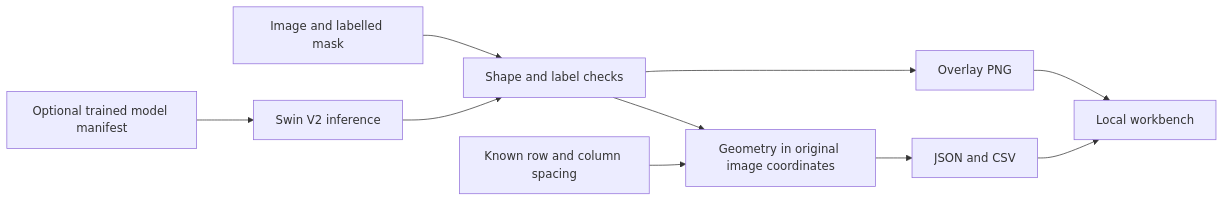
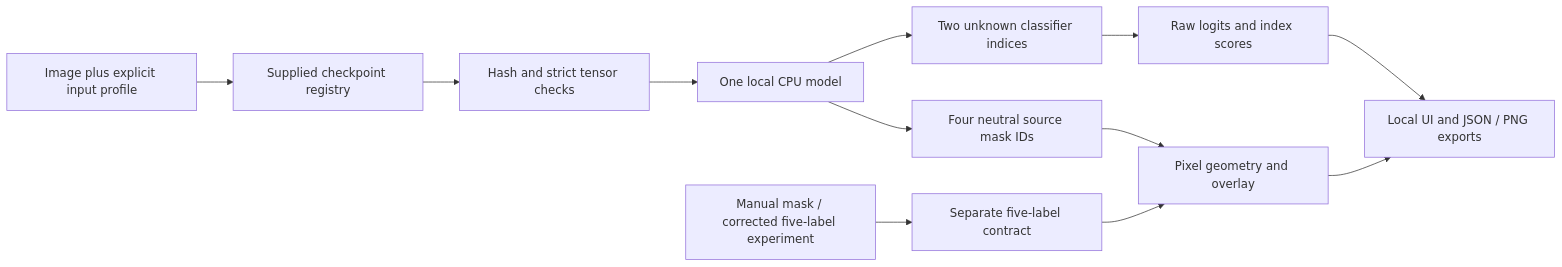
Before and after one commit to Alfarouk/Alfarouk-CKD: the diagram in docs/ARCHITECTURE.md, drawn with Mermaid. The commit also changed other lines of this file and 24 other files, not shown here.

First line of the commit message:
Restore supplied model research runtimes and private asset setup

````diff
--- a/docs/ARCHITECTURE.md
+++ b/docs/ARCHITECTURE.md
@@ -3,12 +3,14 @@
 ```mermaid
 flowchart LR
-  A[Image and labelled mask] --> B[Shape and label checks]
-  C[Optional trained model manifest] --> D[Swin V2 inference]
-  D --> B
-  B --> E[Geometry in original image coordinates]
-  F[Known row and column spacing] --> E
-  E --> G[JSON and CSV]
-  B --> H[Overlay PNG]
-  G --> I[Local workbench]
-  H --> I
+  A[Image plus explicit input profile] --> B[Supplied checkpoint registry]
+  B --> C[Hash and strict tensor checks]
+  C --> D[One local CPU model]
+  D --> E[Four neutral source mask IDs]
+  D --> F[Two unknown classifier indices]
+  E --> G[Pixel geometry and overlay]
+  F --> H[Raw logits and index scores]
+  I[Manual mask / corrected five-label experiment] --> J[Separate five-label contract]
+  J --> G
+  G --> K[Local UI and JSON / PNG exports]
+  H --> K
 ```
````
